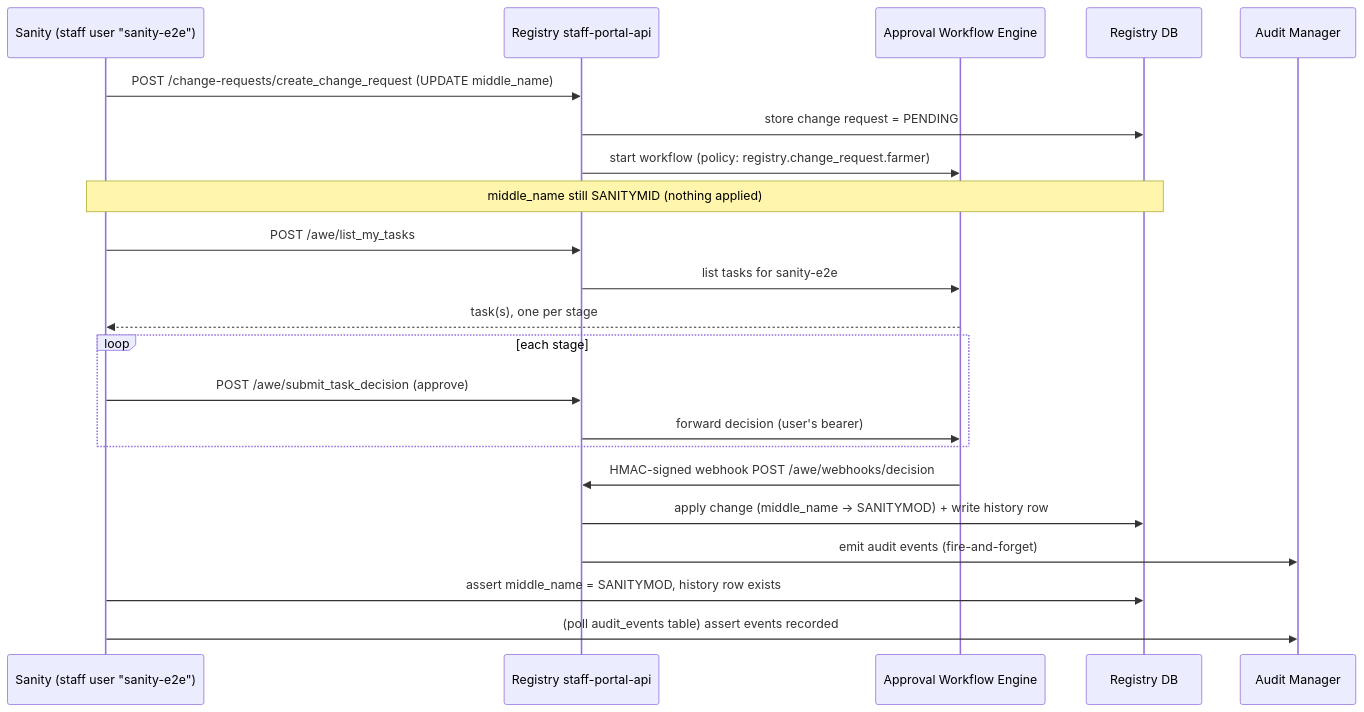
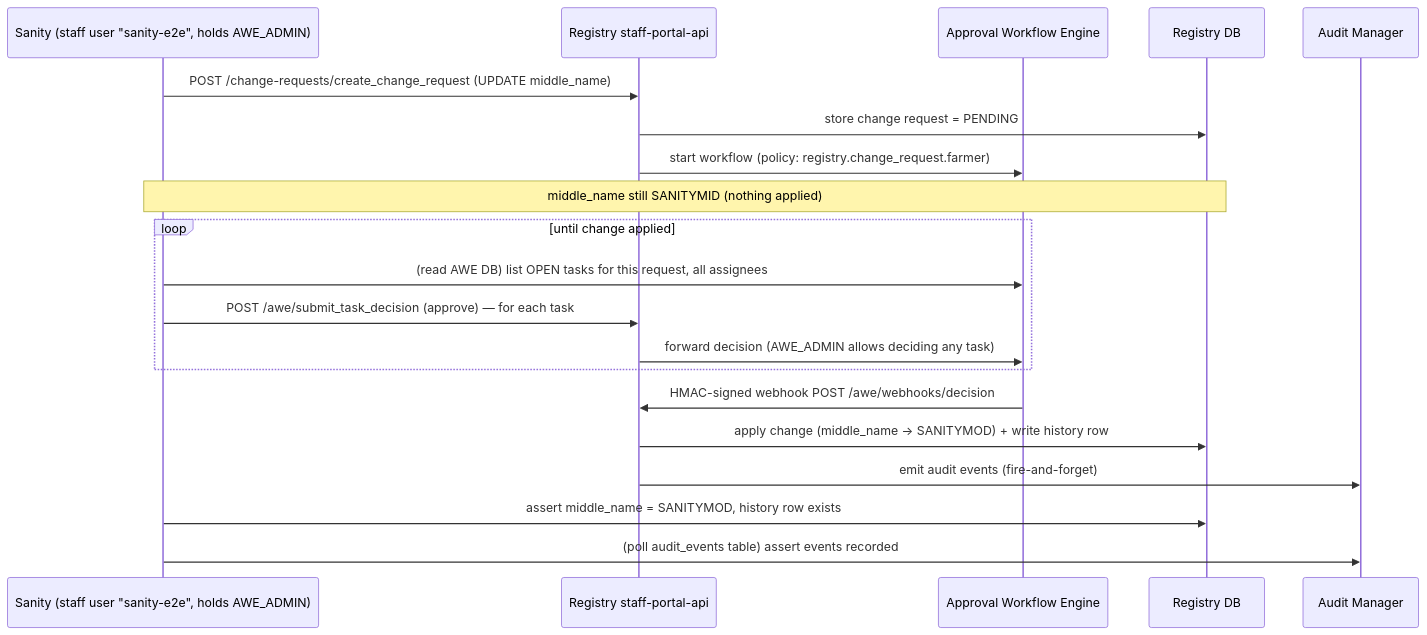
Before and after one commit to OpenG2P/openg2p-documentation: the second of 2 diagrams in products/registry/farmer-registry/deployment/sanity-testing.md, drawn with Mermaid. The commit also changed other lines of this file and 1 other file, not shown here.

Commit message:
G2P-5378 Docs: update sanity-testing + helm-chart to match the validated e2e — AWE_ADMIN approve-all-tasks flow, sanity test at hook-weight 25 (after iam-register pushes roles→permissions to IAM), actor-keyed audit assertion, and install-time race/re-run caveats

````diff
--- a/products/registry/farmer-registry/deployment/sanity-testing.md
+++ b/products/registry/farmer-registry/deployment/sanity-testing.md
@@ -73,25 +73,23 @@
 ```mermaid
 sequenceDiagram
-    participant S as Sanity (staff user "sanity-e2e")
+    participant S as Sanity (staff user "sanity-e2e", holds AWE_ADMIN)
     participant SP as Registry staff-portal-api
     participant AWE as Approval Workflow Engine
     participant DB as Registry DB
     participant AM as Audit Manager
 
     S->>SP: POST /change-requests/create_change_request (UPDATE middle_name)
     SP->>DB: store change request = PENDING
     SP->>AWE: start workflow (policy: registry.change_request.farmer)
     Note over S,DB: middle_name still SANITYMID (nothing applied)
-    S->>SP: POST /awe/list_my_tasks
-    SP->>AWE: list tasks for sanity-e2e
-    AWE-->>S: task(s), one per stage
-    loop each stage
-        S->>SP: POST /awe/submit_task_decision (approve)
-        SP->>AWE: forward decision (user's bearer)
+    loop until change applied
+        S->>AWE: (read AWE DB) list OPEN tasks for this request, all assignees
+        S->>SP: POST /awe/submit_task_decision (approve) — for each task
+        SP->>AWE: forward decision (AWE_ADMIN allows deciding any task)
     end
     AWE->>SP: HMAC-signed webhook POST /awe/webhooks/decision
     SP->>DB: apply change (middle_name → SANITYMOD) + write history row
     SP->>AM: emit audit events (fire-and-forget)
     S->>DB: assert middle_name = SANITYMOD, history row exists
     S->>AM: (poll audit_events table) assert events recorded
 ```
````
